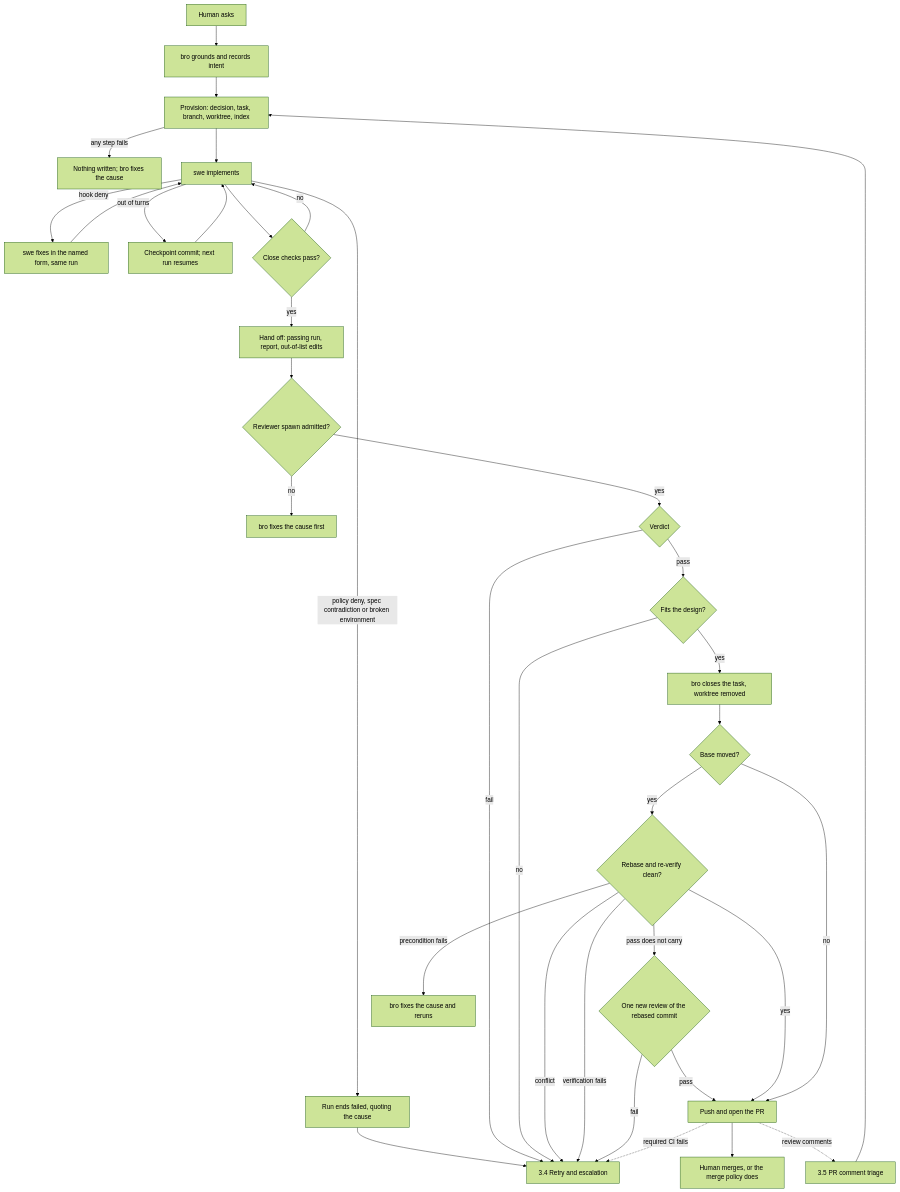
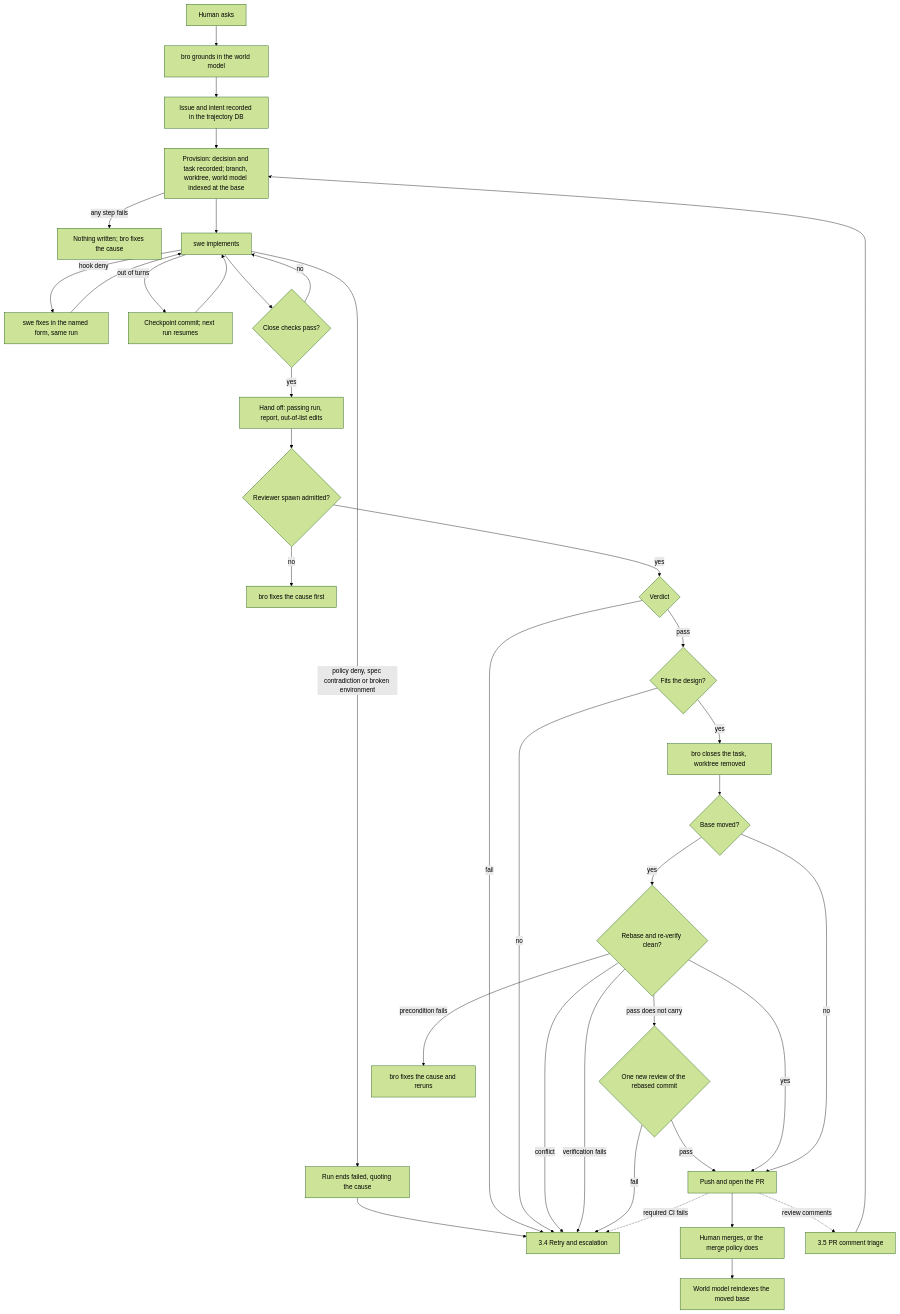
The diagram in docs/architecture/TASKS.md (trustmybot/plugin), drawn with Mermaid (forest theme) before and after one commit. The commit also changed other lines of this file, not shown here.

Commit message:
📝 docs(architecture): TASKS.md names the trajectory DB and WM reindex

````diff
--- a/docs/architecture/TASKS.md
+++ b/docs/architecture/TASKS.md
@@ -5,37 +5,39 @@
 ```mermaid
 flowchart TD
-    A[Human asks] --> B[bro grounds and records intent]
-    B --> C[Provision: decision, task, branch, worktree, index]
+    A[Human asks] --> B[bro grounds in the world model]
+    B --> B1[Issue and intent recorded in the trajectory DB]
+    B1 --> C[Provision: decision and task recorded; branch, worktree, world model indexed at the base]
     C -- any step fails --> X0[Nothing written; bro fixes the cause]
     C --> D[swe implements]
     D -- hook deny --> D1[swe fixes in the named form, same run]
     D1 --> D
     D -- out of turns --> D2[Checkpoint commit; next run resumes]
     D2 --> D
     D -- policy deny, spec contradiction or broken environment --> F0[Run ends failed, quoting the cause]
     F0 --> R
     D --> E{Close checks pass?}
     E -- no --> D
     E -- yes --> H[Hand off: passing run, report, out-of-list edits]
     H --> G{Reviewer spawn admitted?}
     G -- no --> X1[bro fixes the cause first]
     G -- yes --> V{Verdict}
     V -- fail --> R[3.4 Retry and escalation]
     V -- pass --> K{Fits the design?}
     K -- no --> R
     K -- yes --> L[bro closes the task, worktree removed]
     L --> M{Base moved?}
     M -- yes --> N{Rebase and re-verify clean?}
     N -- conflict --> R
     N -- verification fails --> R
     N -- pass does not carry --> N2{One new review of the rebased commit}
     N2 -- fail --> R
     N2 -- pass --> P
     N -- precondition fails --> X2[bro fixes the cause and reruns]
     N -- yes --> P
     M -- no --> P[Push and open the PR]
     P --> Q[Human merges, or the merge policy does]
+    Q --> W[World model reindexes the moved base]
     P -. required CI fails .-> R
     P -. review comments .-> T[3.5 PR comment triage]
     T --> C
 ```
````
